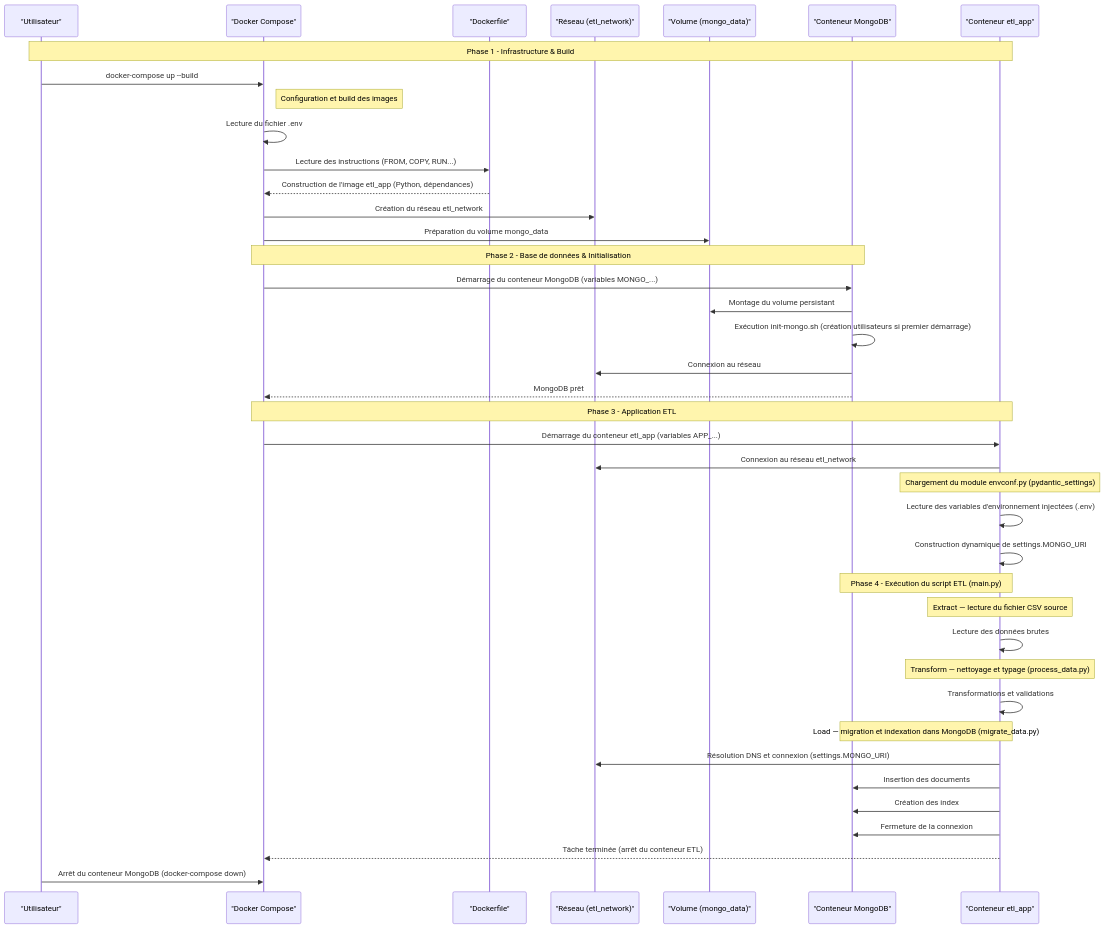
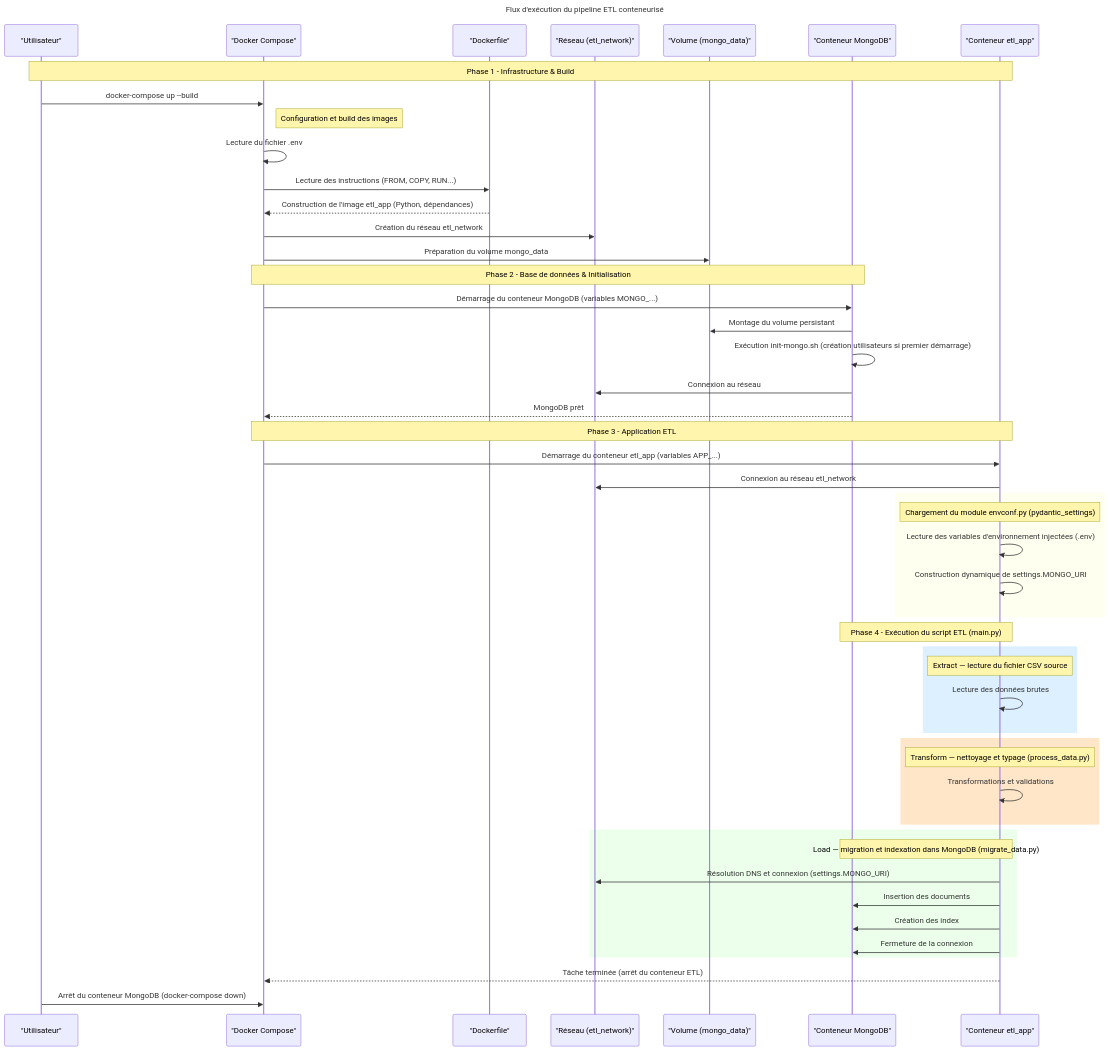
One commit to PierreDff/OC_DE_projet5 changed the diagram in README.md. Above: the diagram before and after it, drawn with Mermaid.

Commit message:
update schema

````diff
--- a/README.md
+++ b/README.md
@@ -145,52 +145,62 @@
 ```mermaid
 sequenceDiagram
+    title Flux d'exécution du pipeline ETL conteneurisé
+
     participant Utilisateur as "Utilisateur"
     participant Docker as "Docker Compose"
     participant Dockerfile as "Dockerfile"
     participant Net as "Réseau (etl_network)"
     participant Volume as "Volume (mongo_data)"
     participant Mongo as "Conteneur MongoDB"
     participant ETL as "Conteneur etl_app"
 
     Note over Utilisateur,ETL: Phase 1 - Infrastructure & Build
     Utilisateur->>Docker: docker-compose up --build
 
     Note right of Docker: Configuration et build des images
     Docker->>Docker: Lecture du fichier .env
     Docker->>Dockerfile: Lecture des instructions (FROM, COPY, RUN...)
     Dockerfile-->>Docker: Construction de l'image etl_app (Python, dépendances)
 
     Docker->>Net: Création du réseau etl_network
     Docker->>Volume: Préparation du volume mongo_data
 
     Note over Docker,Mongo: Phase 2 - Base de données & Initialisation
     Docker->>Mongo: Démarrage du conteneur MongoDB (variables MONGO_...)
     Mongo->>Volume: Montage du volume persistant
     Mongo->>Mongo: Exécution init-mongo.sh (création utilisateurs si premier démarrage)
     Mongo->>Net: Connexion au réseau
     Mongo-->>Docker: MongoDB prêt
 
     Note over Docker,ETL: Phase 3 - Application ETL
     Docker->>ETL: Démarrage du conteneur etl_app (variables APP_...)
     ETL->>Net: Connexion au réseau etl_network
 
+    rect rgb(255, 255, 240)
     Note over ETL: Chargement du module envconf.py (pydantic_settings)
     ETL->>ETL: Lecture des variables d'environnement injectées (.env)
     ETL->>ETL: Construction dynamique de settings.MONGO_URI
+    end
 
     Note over ETL,Mongo: Phase 4 - Exécution du script ETL (main.py)
+    rect rgb(220, 240, 255)
     Note over ETL: Extract — lecture du fichier CSV source
     ETL->>ETL: Lecture des données brutes
+    end
 
+    rect rgb(255, 230, 200)
     Note over ETL: Transform — nettoyage et typage (process_data.py)
     ETL->>ETL: Transformations et validations
+    end
 
+    rect rgb(235, 255, 235)
     Note over ETL,Mongo: Load — migration et indexation dans MongoDB (migrate_data.py)
     ETL->>Net: Résolution DNS et connexion (settings.MONGO_URI)
     ETL->>Mongo: Insertion des documents
     ETL->>Mongo: Création des index
     ETL->>Mongo: Fermeture de la connexion
+    end
 
     ETL-->>Docker: Tâche terminée (arrêt du conteneur ETL)
     Utilisateur->>Docker : Arrêt du conteneur MongoDB (docker-compose down)
 ```
````
